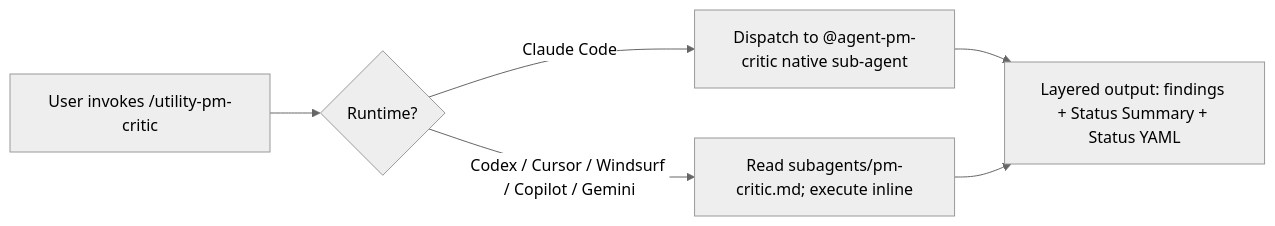
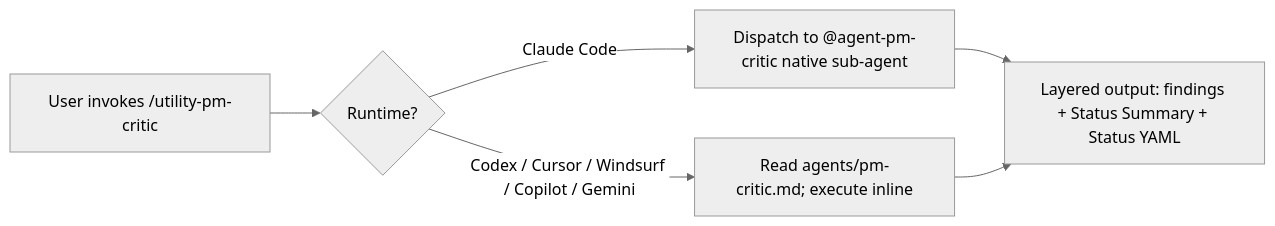
The second of 2 diagrams in docs/concepts/sub-agents.md (product-on-purpose/pm-skills), drawn with Mermaid (neutral theme) before and after one commit. The commit also changed other lines of this file and 67 other files, not shown here.

First line of the commit message:
refactor(v2.17.0): rename AGENTS/ to _agent-context/ and subagents/ to agents/ (W2)

````diff
--- a/docs/concepts/sub-agents.md
+++ b/docs/concepts/sub-agents.md
@@ -89,8 +89,8 @@
 ```mermaid
 flowchart LR
     A[User invokes /utility-pm-critic] --> B{Runtime?}
     B -->|Claude Code| C[Dispatch to @agent-pm-critic native sub-agent]
-    B -->|Codex / Cursor / Windsurf / Copilot / Gemini| D[Read subagents/pm-critic.md; execute inline]
+    B -->|Codex / Cursor / Windsurf / Copilot / Gemini| D[Read agents/pm-critic.md; execute inline]
     C --> E[Layered output: findings + Status Summary + Status YAML]
     D --> E
 ```
````
